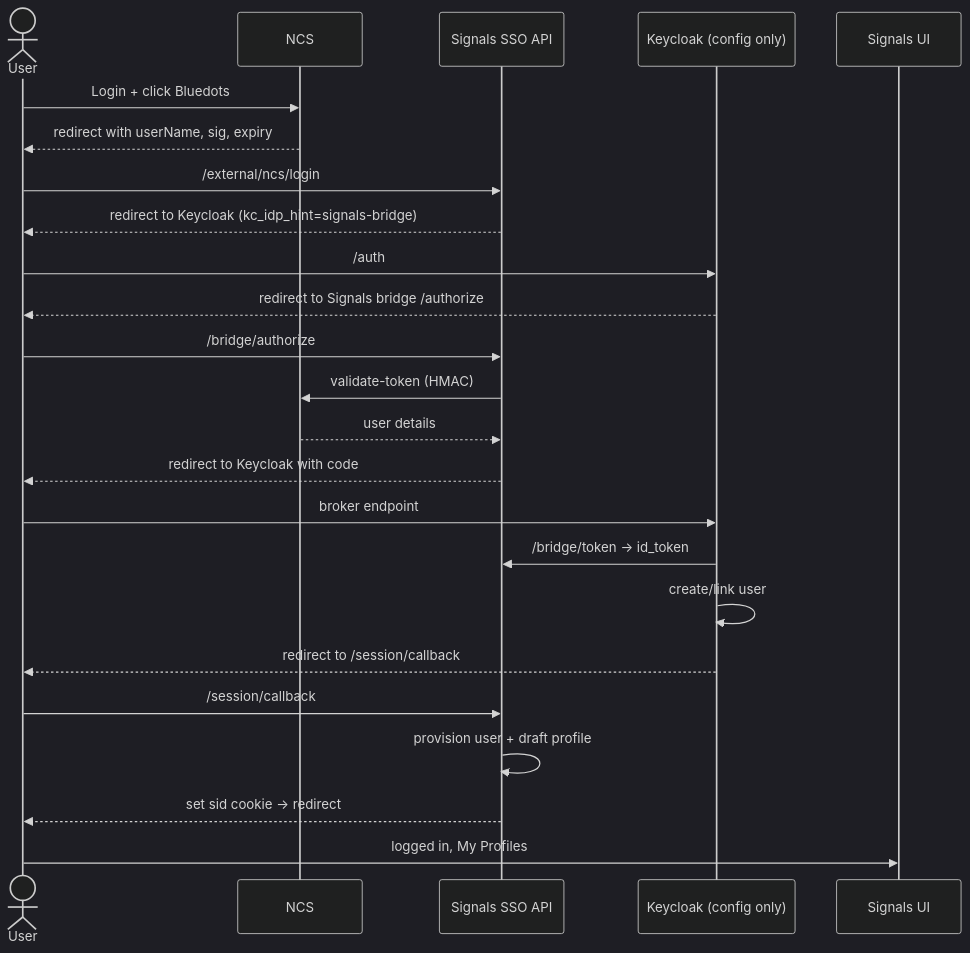
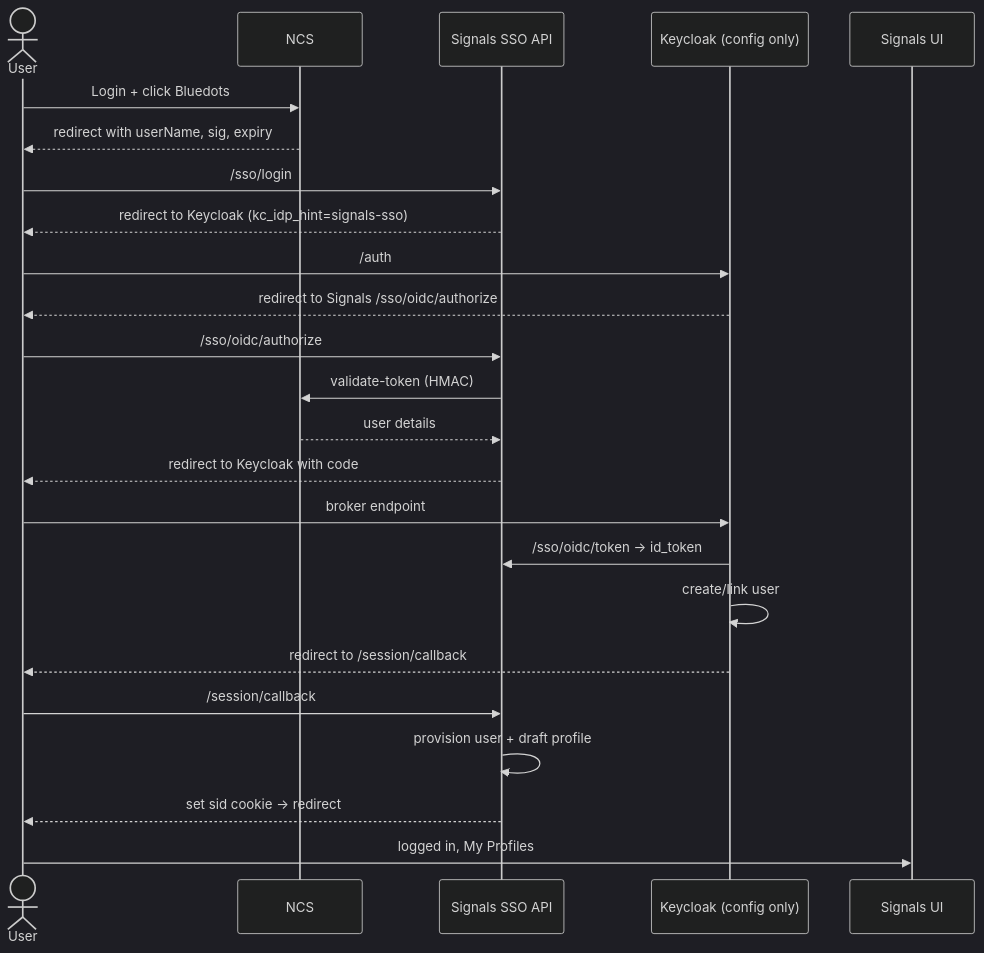
The second of 3 diagrams in docs/superpowers/specs/2026-09-24-external-idp-bridge-ncs-sso-design.md (Blue-Dots-Economy/signals-dpg), drawn with Mermaid (dark theme) before and after one commit. The commit also changed other lines of this file, not shown here.

Commit message:
docs(spec): verify at arrival, sso naming, security table

````diff
--- a/docs/superpowers/specs/2026-09-24-external-idp-bridge-ncs-sso-design.md
+++ b/docs/superpowers/specs/2026-09-24-external-idp-bridge-ncs-sso-design.md
@@ -193,27 +206,27 @@
 ```mermaid
 sequenceDiagram
     actor U as User
     participant N as NCS
     participant S as Signals SSO API
     participant K as Keycloak (config only)
     participant UI as Signals UI
 
     U->>N: Login + click Bluedots
     N-->>U: redirect with userName, sig, expiry
-    U->>S: /external/ncs/login
-    S-->>U: redirect to Keycloak (kc_idp_hint=signals-bridge)
+    U->>S: /sso/login
+    S-->>U: redirect to Keycloak (kc_idp_hint=signals-sso)
     U->>K: /auth
-    K-->>U: redirect to Signals bridge /authorize
-    U->>S: /bridge/authorize
+    K-->>U: redirect to Signals /sso/oidc/authorize
+    U->>S: /sso/oidc/authorize
     S->>N: validate-token (HMAC)
     N-->>S: user details
     S-->>U: redirect to Keycloak with code
     U->>K: broker endpoint
-    K->>S: /bridge/token → id_token
+    K->>S: /sso/oidc/token → id_token
     K->>K: create/link user
     K-->>U: redirect to /session/callback
     U->>S: /session/callback
     S->>S: provision user + draft profile
     S-->>U: set sid cookie → redirect
     U->>UI: logged in, My Profiles
 ```
````
